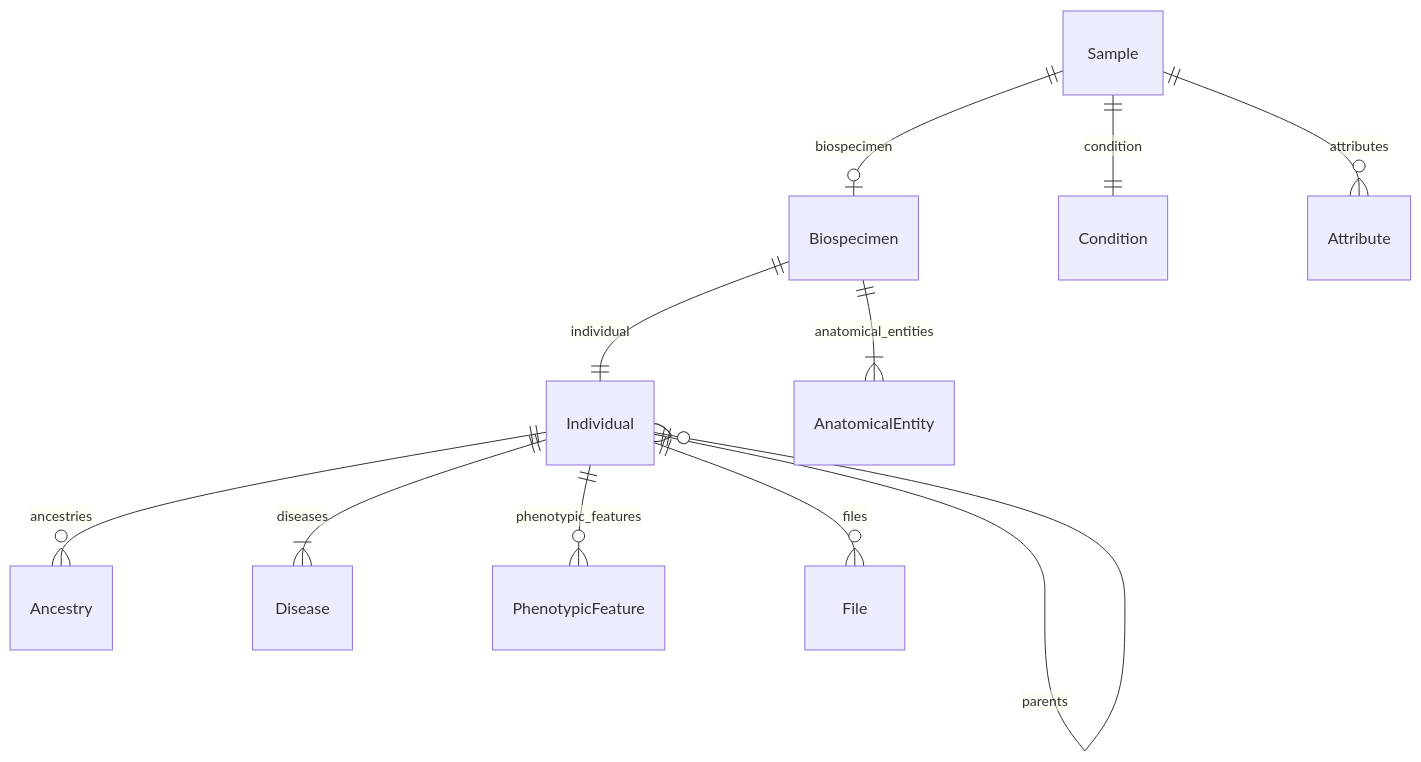
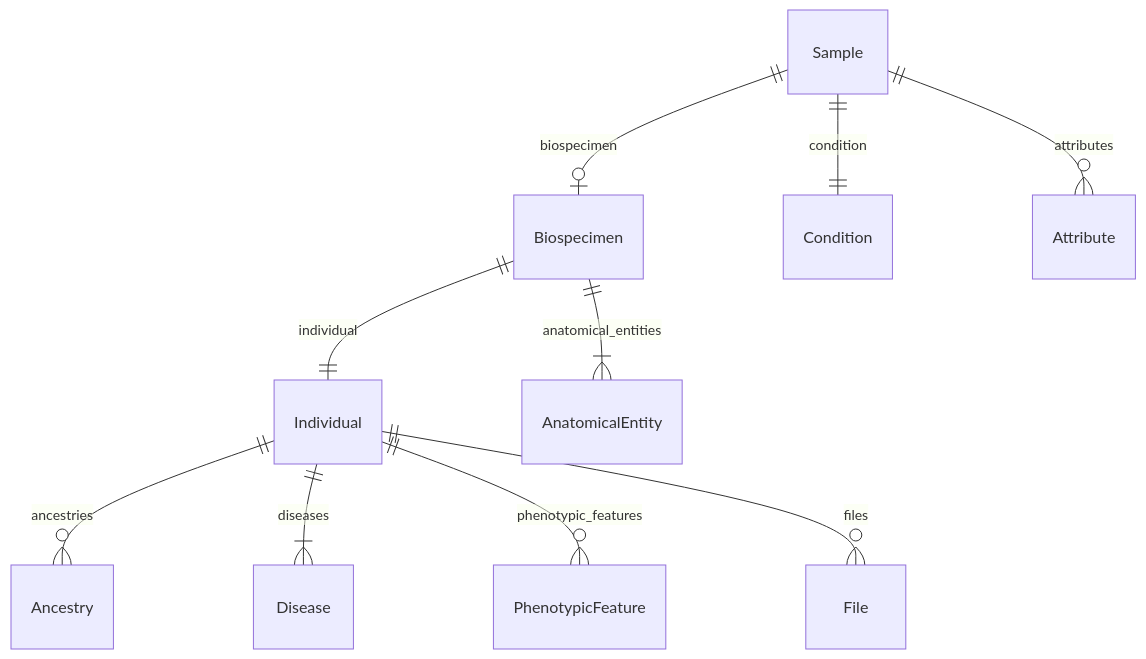
One commit to ghga-de/ghga-metadata-schema changed the second of 7 diagrams in docs/entity_relations.md. Above: the diagram before and after it, drawn with Mermaid. The commit also changed other lines of this file and 14 other files, not shown here.

````diff
--- a/docs/entity_relations.md
+++ b/docs/entity_relations.md
@@ -135,24 +134,23 @@
 ```mermaid
 erDiagram
 Individual {
 
 }
 Biospecimen {
 
 }
 Sample {
 
 }
 
 Individual ||--}o Ancestry : "ancestries"
-Individual ||--}o Individual : "parents"
 Individual ||--}| Disease : "diseases"
 Individual ||--}o PhenotypicFeature : "phenotypic_features"
 Individual ||--}o File : "files"
 Biospecimen ||--|| Individual : "individual"
 Biospecimen ||--}| AnatomicalEntity : "anatomical_entities"
 Sample ||--|o Biospecimen : "biospecimen"
 Sample ||--|| Condition : "condition"
 Sample ||--}o Attribute : "attributes"
 
 ```
````
